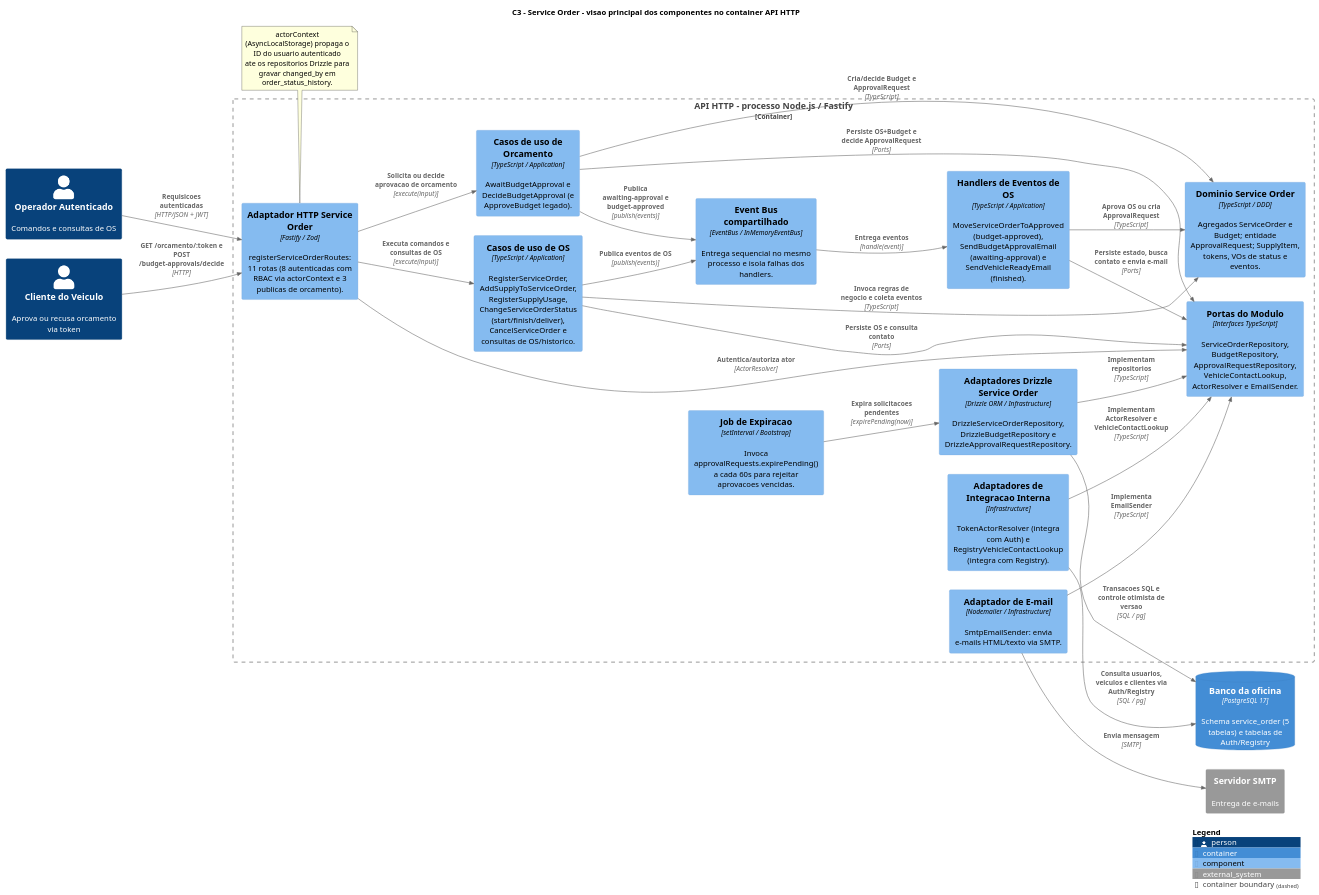
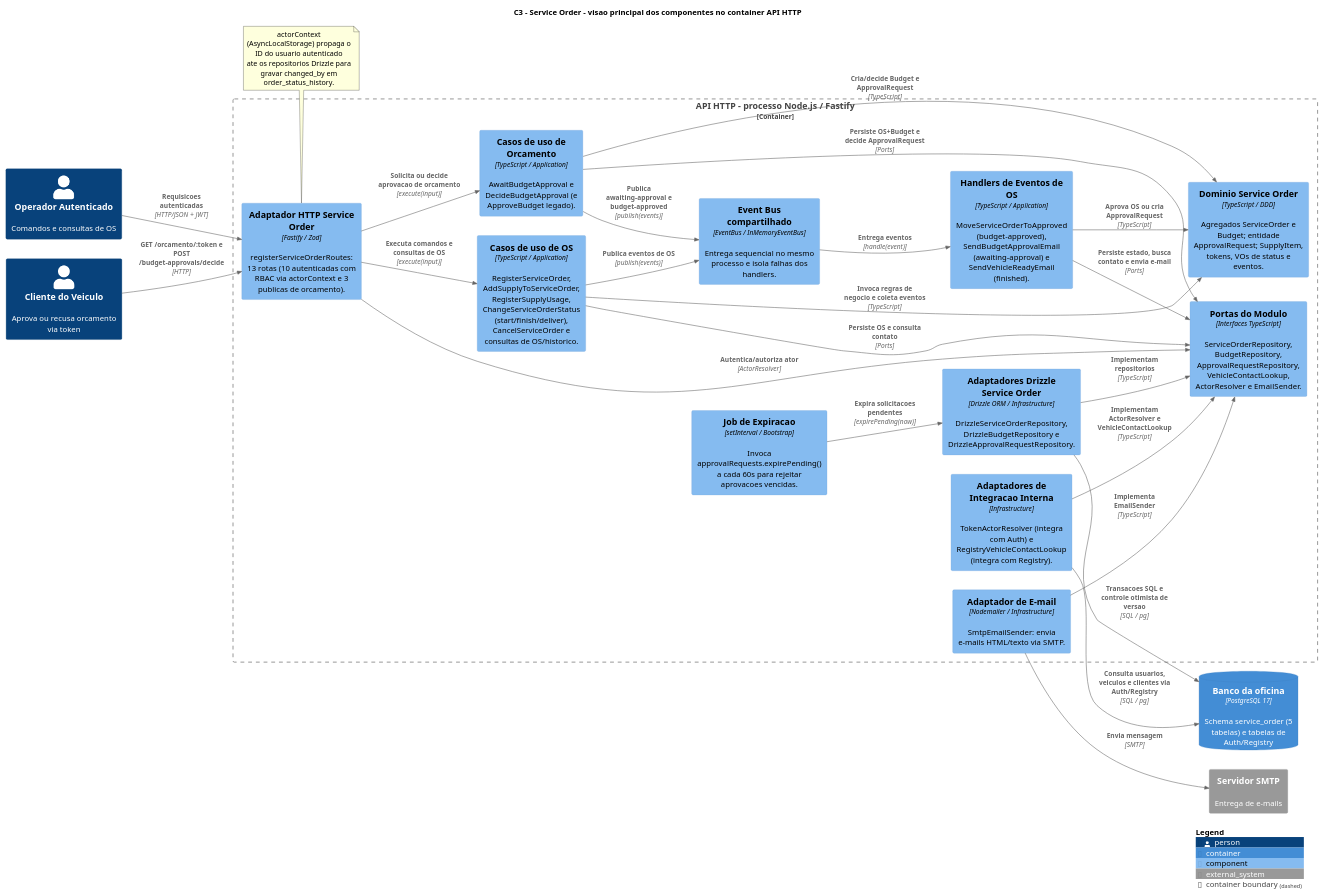
The diagram in docs/plantuml/c4-service-order-components.puml (15soat-fiap-45/api.mecanica), drawn with PlantUML before and after one commit. The commit also changed 13 other files, not shown here.

First line of the commit message:
docs(architecture): align diagrams and setup docs with current API

```diff
--- a/docs/plantuml/c4-service-order-components.puml
+++ b/docs/plantuml/c4-service-order-components.puml
@@ -1,53 +1,53 @@
 @startuml service_order_c3_components
 !include https://raw.githubusercontent.com/plantuml-stdlib/C4-PlantUML/master/C4_Component.puml
 title C3 - Service Order - visao principal dos componentes no container API HTTP
 LAYOUT_LEFT_RIGHT()
 
 Person(operator, "Operador Autenticado", "Comandos e consultas de OS")
 Person(customer, "Cliente do Veiculo", "Aprova ou recusa orcamento via token")
 
 Container_Boundary(api, "API HTTP - processo Node.js / Fastify") {
-  Component(http, "Adaptador HTTP Service Order", "Fastify / Zod", "registerServiceOrderRoutes: 11 rotas (8 autenticadas com RBAC via actorContext e 3 publicas de orcamento).")
+  Component(http, "Adaptador HTTP Service Order", "Fastify / Zod", "registerServiceOrderRoutes: 13 rotas (10 autenticadas com RBAC via actorContext e 3 publicas de orcamento).")
   Component(orders, "Casos de uso de OS", "TypeScript / Application", "RegisterServiceOrder, AddSupplyToServiceOrder, RegisterSupplyUsage, ChangeServiceOrderStatus (start/finish/deliver), CancelServiceOrder e consultas de OS/historico.")
   Component(budget_uc, "Casos de uso de Orcamento", "TypeScript / Application", "AwaitBudgetApproval e DecideBudgetApproval (e ApproveBudget legado).")
   Component(domain, "Dominio Service Order", "TypeScript / DDD", "Agregados ServiceOrder e Budget; entidade ApprovalRequest; SupplyItem, tokens, VOs de status e eventos.")
   Component(ports, "Portas do Modulo", "Interfaces TypeScript", "ServiceOrderRepository, BudgetRepository, ApprovalRequestRepository, VehicleContactLookup, ActorResolver e EmailSender.")
   Component(db_adapters, "Adaptadores Drizzle Service Order", "Drizzle ORM / Infrastructure", "DrizzleServiceOrderRepository, DrizzleBudgetRepository e DrizzleApprovalRequestRepository.")
   Component(cross_adapters, "Adaptadores de Integracao Interna", "Infrastructure", "TokenActorResolver (integra com Auth) e RegistryVehicleContactLookup (integra com Registry).")
   Component(email_adapter, "Adaptador de E-mail", "Nodemailer / Infrastructure", "SmtpEmailSender: envia e-mails HTML/texto via SMTP.")
   Component(bus, "Event Bus compartilhado", "EventBus / InMemoryEventBus", "Entrega sequencial no mesmo processo e isola falhas dos handlers.")
   Component(handlers, "Handlers de Eventos de OS", "TypeScript / Application", "MoveServiceOrderToApproved (budget-approved), SendBudgetApprovalEmail (awaiting-approval) e SendVehicleReadyEmail (finished).")
   Component(expiry_job, "Job de Expiracao", "setInterval / Bootstrap", "Invoca approvalRequests.expirePending() a cada 60s para rejeitar aprovacoes vencidas.")
 }
 
 ContainerDb(database, "Banco da oficina", "PostgreSQL 17", "Schema service_order (5 tabelas) e tabelas de Auth/Registry")
 System_Ext(smtp, "Servidor SMTP", "Entrega de e-mails")
 
 Rel(operator, http, "Requisicoes autenticadas", "HTTP/JSON + JWT")
 Rel(customer, http, "GET /orcamento/:token e POST /budget-approvals/decide", "HTTP")
 Rel(http, ports, "Autentica/autoriza ator", "ActorResolver")
 Rel(http, orders, "Executa comandos e consultas de OS", "execute(input)")
 Rel(http, budget_uc, "Solicita ou decide aprovacao de orcamento", "execute(input)")
 Rel(orders, domain, "Invoca regras de negocio e coleta eventos", "TypeScript")
 Rel(budget_uc, domain, "Cria/decide Budget e ApprovalRequest", "TypeScript")
 Rel(orders, ports, "Persiste OS e consulta contato", "Ports")
 Rel(budget_uc, ports, "Persiste OS+Budget e decide ApprovalRequest", "Ports")
 Rel(orders, bus, "Publica eventos de OS", "publish(events)")
 Rel(budget_uc, bus, "Publica awaiting-approval e budget-approved", "publish(events)")
 Rel(bus, handlers, "Entrega eventos", "handle(event)")
 Rel(handlers, domain, "Aprova OS ou cria ApprovalRequest", "TypeScript")
 Rel(handlers, ports, "Persiste estado, busca contato e envia e-mail", "Ports")
 Rel(expiry_job, db_adapters, "Expira solicitacoes pendentes", "expirePending(now)")
 Rel(db_adapters, ports, "Implementam repositorios", "TypeScript")
 Rel(cross_adapters, ports, "Implementam ActorResolver e VehicleContactLookup", "TypeScript")
 Rel(email_adapter, ports, "Implementa EmailSender", "TypeScript")
 Rel(db_adapters, database, "Transacoes SQL e controle otimista de versao", "SQL / pg")
 Rel(cross_adapters, database, "Consulta usuarios, veiculos e clientes via Auth/Registry", "SQL / pg")
 Rel(email_adapter, smtp, "Envia mensagem", "SMTP")
 
 note bottom of http
   actorContext (AsyncLocalStorage) propaga o ID do usuario autenticado
   ate os repositorios Drizzle para gravar changed_by em order_status_history.
 end note
 SHOW_LEGEND()
 @enduml
```
